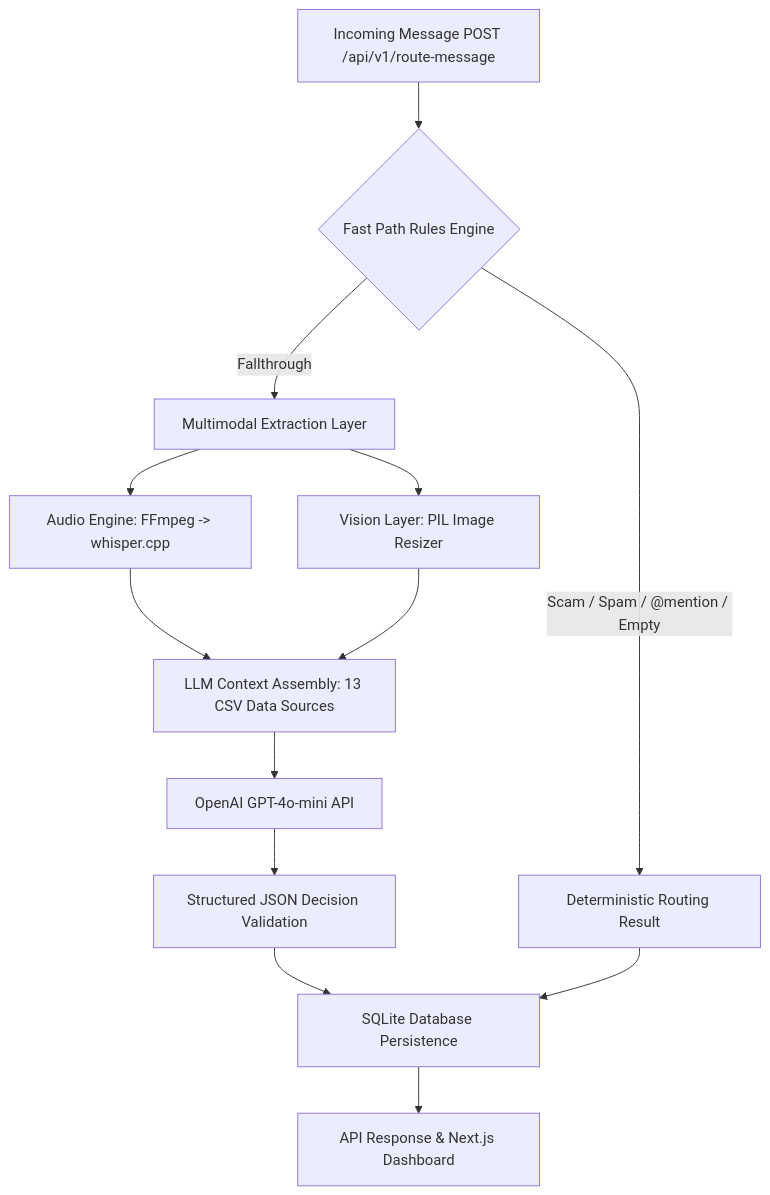
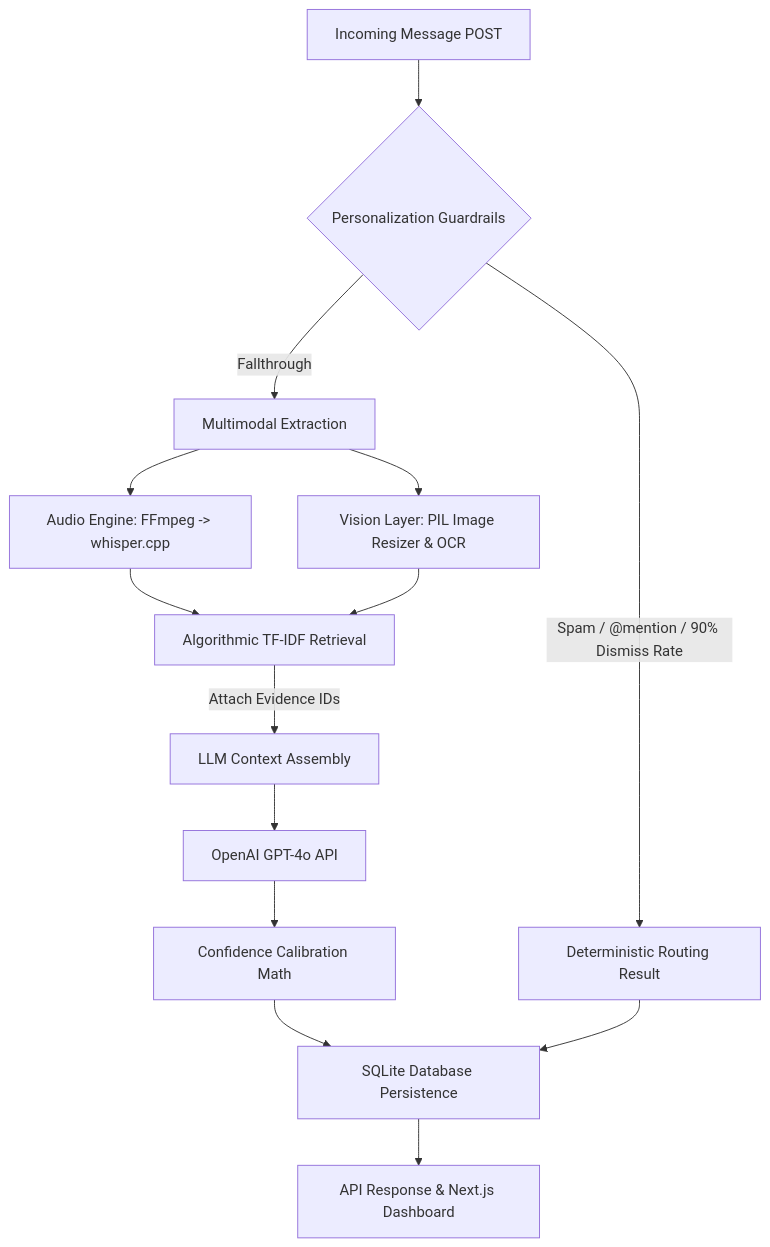
One commit to OfficialGamer91023/Orchestrate changed the diagram in README.md. Above: the diagram before and after it, drawn with Mermaid. The commit also changed other lines of this file and 4 other files, not shown here.

First line of the commit message:
feat: hybrid architecture with algorithmic evidence retrieval, personalization guardrails, and confidence calibration

````diff
--- a/README.md
+++ b/README.md
@@ -14,15 +14,16 @@
 ```mermaid
 flowchart TD
-    A[Incoming Message POST /api/v1/route-message] --> B{Fast Path Rules Engine}
-    B -- Scam / Spam / @mention / Empty --> C[Deterministic Routing Result]
-    B -- Fallthrough --> D[Multimodal Extraction Layer]
+    A[Incoming Message POST] --> B{Personalization Guardrails}
+    B -- Spam / @mention / 90% Dismiss Rate --> C[Deterministic Routing Result]
+    B -- Fallthrough --> D[Multimodal Extraction]
     D --> E[Audio Engine: FFmpeg -> whisper.cpp]
-    D --> F[Vision Layer: PIL Image Resizer]
-    E --> G[LLM Context Assembly: 13 CSV Data Sources]
+    D --> F[Vision Layer: PIL Image Resizer & OCR]
+    E --> G[Algorithmic TF-IDF Retrieval]
     F --> G
-    G --> H[OpenAI GPT-4o-mini API]
-    H --> I[Structured JSON Decision Validation]
-    I --> J[SQLite Database Persistence]
-    C --> J
-    J --> K[API Response & Next.js Dashboard]
+    G -- "Attach Evidence IDs" --> H[LLM Context Assembly]
+    H --> I[OpenAI GPT-4o API]
+    I --> J[Confidence Calibration Math]
+    J --> K[SQLite Database Persistence]
+    C --> K
+    K --> L[API Response & Next.js Dashboard]
 ```
````
